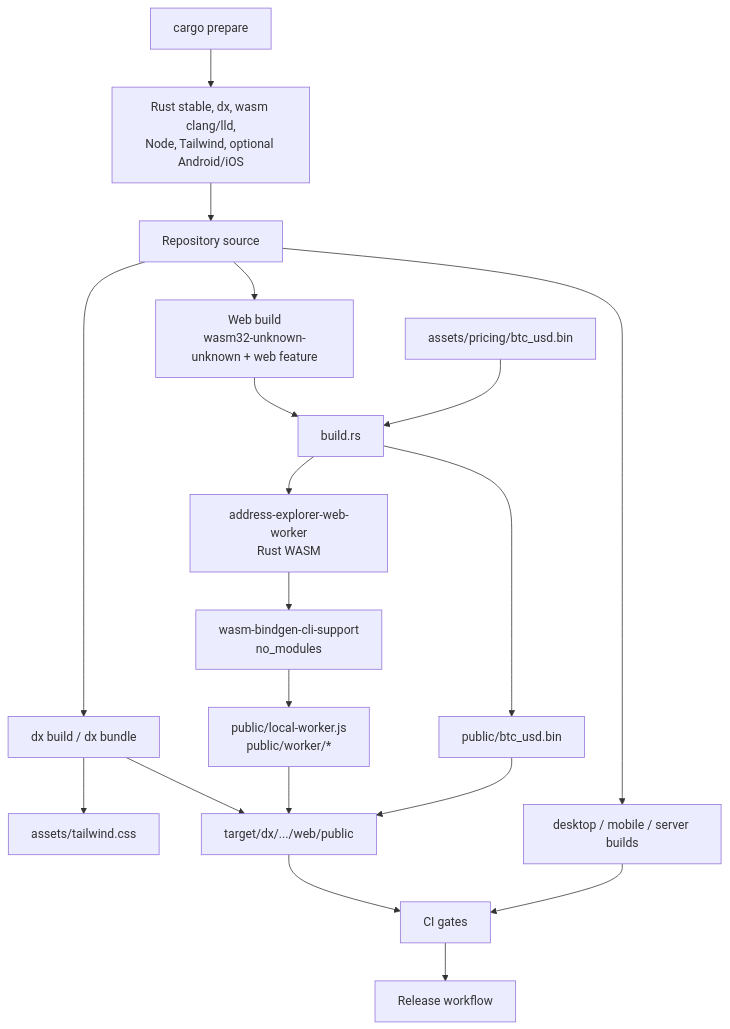
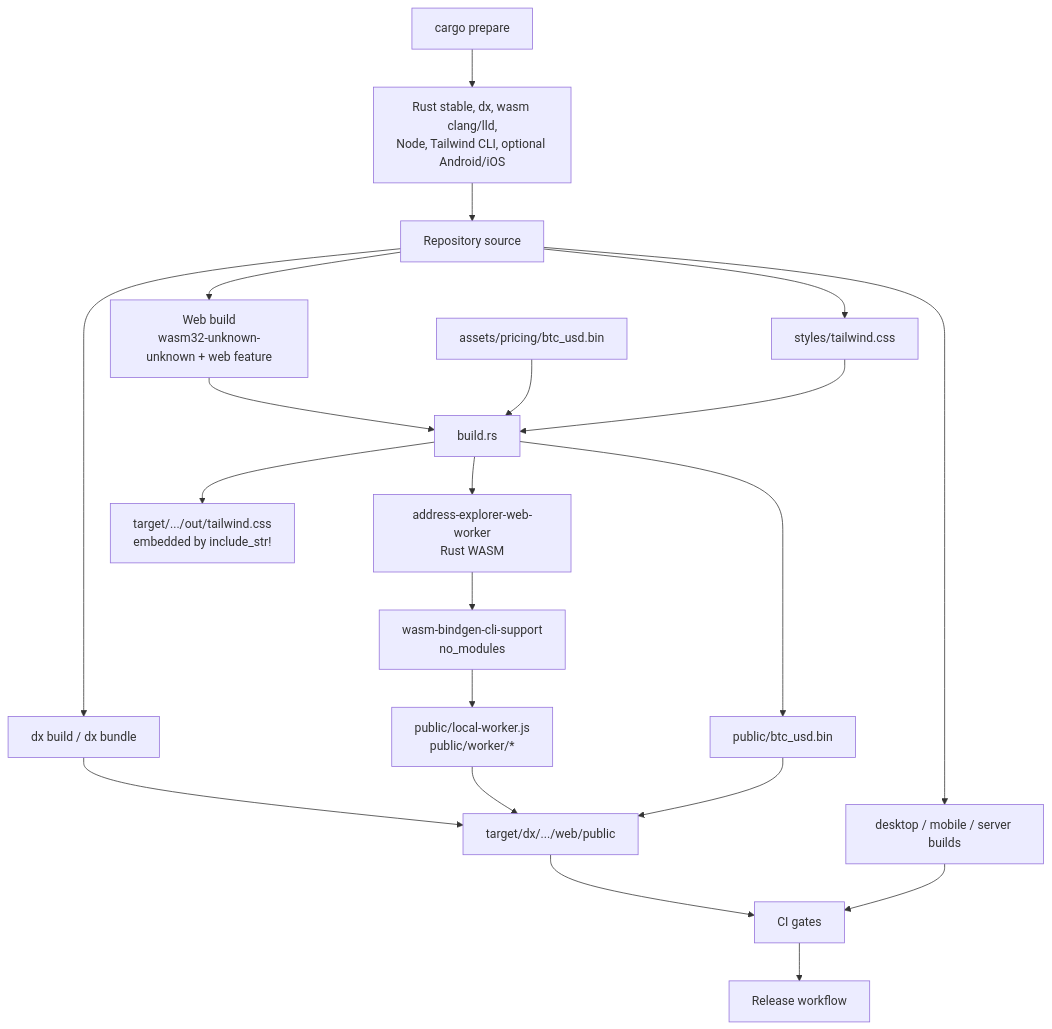
The second of 7 diagrams in docs/ARCHITECTURE.md (emidev98/address-explorer), drawn with Mermaid before and after one commit. The commit also changed other lines of this file and 40 other files, not shown here.

````diff
--- a/docs/ARCHITECTURE.md
+++ b/docs/ARCHITECTURE.md
@@ -107,21 +111,23 @@
 ```mermaid
 flowchart TB
-    Prep["cargo prepare"] --> Toolchain["Rust stable, dx, wasm clang/lld,<br/>Node, Tailwind, optional Android/iOS"]
+    Prep["cargo prepare"] --> Toolchain["Rust stable, dx, wasm clang/lld,<br/>Node, Tailwind CLI, optional Android/iOS"]
     Toolchain --> Source["Repository source"]
     Source --> WebBuild["Web build<br/>wasm32-unknown-unknown + web feature"]
     WebBuild --> BuildRs["build.rs"]
     BuildRs --> WorkerCrate["address-explorer-web-worker<br/>Rust WASM"]
     WorkerCrate --> Bindgen["wasm-bindgen-cli-support<br/>no_modules"]
     Bindgen --> Generated["public/local-worker.js<br/>public/worker/*"]
     Seed["assets/pricing/btc_usd.bin"] --> BuildRs
     BuildRs --> PublicSeed["public/btc_usd.bin"]
     Source --> Dioxus["dx build / dx bundle"]
-    Dioxus --> Tailwind["assets/tailwind.css"]
+    Source --> Tailwind["styles/tailwind.css"]
+    Tailwind --> BuildRs
+    BuildRs --> GeneratedCss["target/.../out/tailwind.css<br/>embedded by include_str!"]
     Dioxus --> PWA["target/dx/.../web/public"]
     Generated --> PWA
     PublicSeed --> PWA
     Source --> Native["desktop / mobile / server builds"]
     PWA --> CI["CI gates"]
     Native --> CI
     CI --> Release["Release workflow"]
 ```
````
